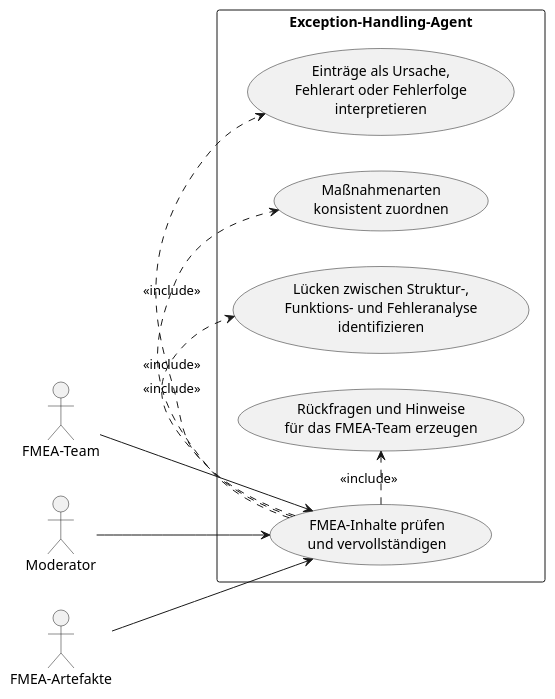
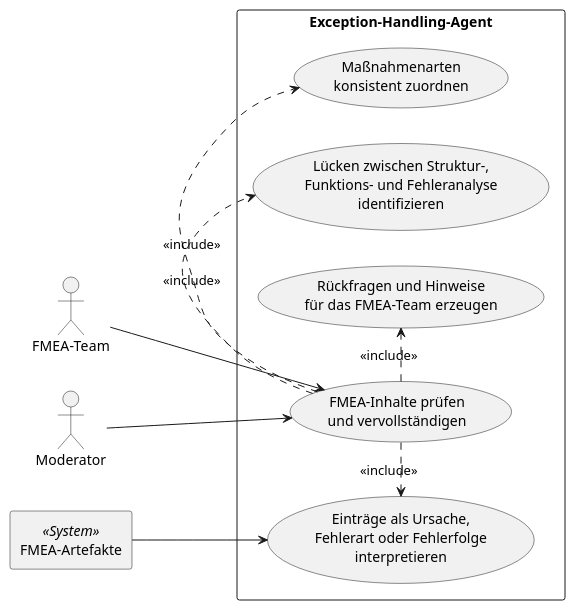
Before and after one commit to verkal1999/Agent_Test: the diagram in UML-Diagrams/Use_Cases/Engineering/UC_E3.plantuml, drawn with PlantUML. The commit also changed 56 other files, not shown here.

```diff
--- a/UML-Diagrams/Use_Cases/Engineering/UC_E3.plantuml
+++ b/UML-Diagrams/Use_Cases/Engineering/UC_E3.plantuml
@@ -1,26 +1,26 @@
 @startuml
 left to right direction
 skinparam packageStyle rectangle
 skinparam shadowing false
 
 actor "FMEA-Team" as FMEA
 actor "Moderator" as MOD
-actor "FMEA-Artefakte" as ART
+rectangle "FMEA-Artefakte" <<System>> as ART
 
 rectangle "Exception-Handling-Agent" {
   usecase "FMEA-Inhalte prüfen\nund vervollständigen" as UC3
   usecase "Einträge als Ursache,\nFehlerart oder Fehlerfolge\ninterpretieren" as UC3a
   usecase "Maßnahmenarten\nkonsistent zuordnen" as UC3b
   usecase "Lücken zwischen Struktur-,\nFunktions- und Fehleranalyse\nidentifizieren" as UC3c
   usecase "Rückfragen und Hinweise\nfür das FMEA-Team erzeugen" as UC3d
 }
 
 FMEA --> UC3
 MOD --> UC3
-ART --> UC3
+ART --> UC3a
 
 UC3 .> UC3a : <<include>>
 UC3 .> UC3b : <<include>>
 UC3 .> UC3c : <<include>>
 UC3 .> UC3d : <<include>>
 @enduml
```
